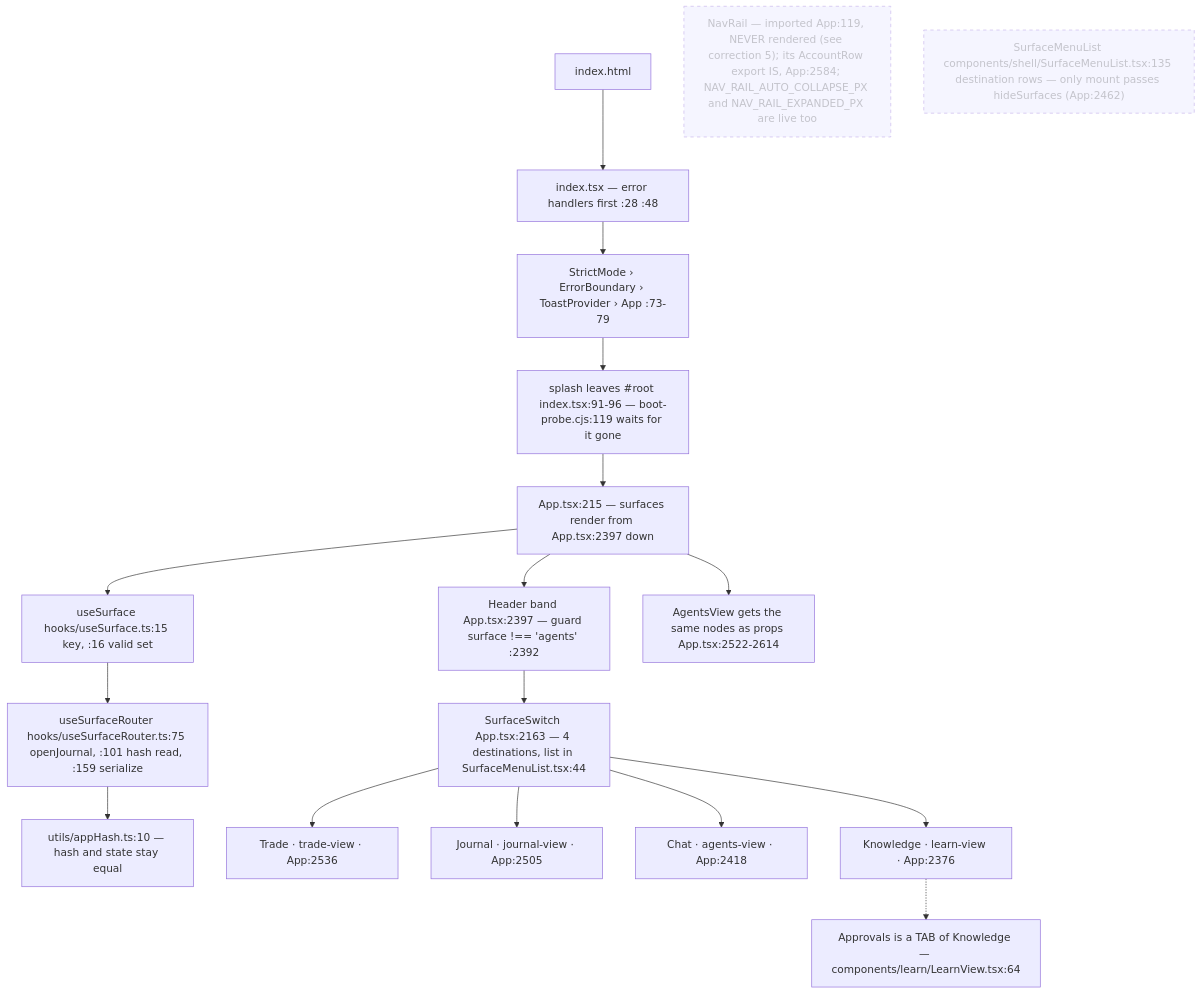
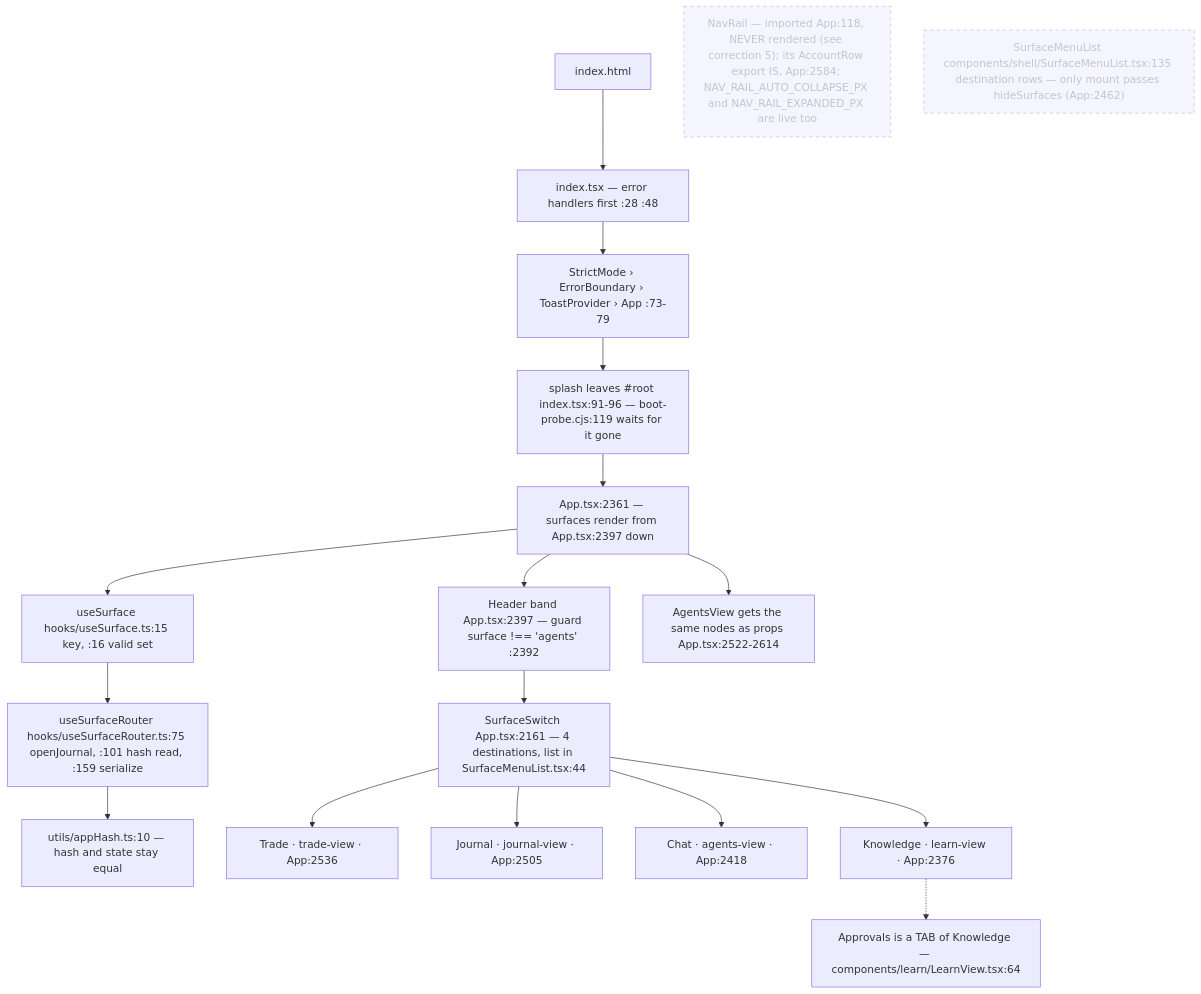
The first of 8 diagrams in docs/app-flow.md (Acepay25/august-3.5), drawn with Mermaid before and after one commit. The commit also changed other lines of this file and 2 other files, not shown here.

````diff
--- a/docs/app-flow.md
+++ b/docs/app-flow.md
@@ -49,21 +49,21 @@
 ```mermaid
 flowchart TD
     H["index.html"] --> I["index.tsx — error handlers first :28 :48"]
     I --> S["StrictMode › ErrorBoundary › ToastProvider › App :73-79"]
     S --> SP["splash leaves #root index.tsx:91-96 — boot-probe.cjs:119 waits for it gone"]
-    SP --> APP["App.tsx:215 — surfaces render from App.tsx:2397 down"]
+    SP --> APP["App.tsx:2361 — surfaces render from App.tsx:2397 down"]
     APP --> US["useSurface hooks/useSurface.ts:15 key, :16 valid set"]
     US --> UR["useSurfaceRouter hooks/useSurfaceRouter.ts:75 openJournal, :101 hash read, :159 serialize"]
     UR --> HASH["utils/appHash.ts:10 — hash and state stay equal"]
     APP --> HD["Header band App.tsx:2397 — guard surface !== 'agents' :2392"]
-    HD --> SW["SurfaceSwitch App.tsx:2163 — 4 destinations, list in SurfaceMenuList.tsx:44"]
+    HD --> SW["SurfaceSwitch App.tsx:2161 — 4 destinations, list in SurfaceMenuList.tsx:44"]
     APP --> AV["AgentsView gets the same nodes as props App.tsx:2522-2614"]
     SW --> T["Trade · trade-view · App:2536"]
     SW --> J["Journal · journal-view · App:2505"]
     SW --> C["Chat · agents-view · App:2418"]
     SW --> K["Knowledge · learn-view · App:2376"]
     K -.-> AP["Approvals is a TAB of Knowledge — components/learn/LearnView.tsx:64"]
-    NR["NavRail — imported App:119, NEVER rendered (see correction 5); its AccountRow export IS, App:2584; NAV_RAIL_AUTO_COLLAPSE_PX and NAV_RAIL_EXPANDED_PX are live too"]:::dead
+    NR["NavRail — imported App:118, NEVER rendered (see correction 5); its AccountRow export IS, App:2584; NAV_RAIL_AUTO_COLLAPSE_PX and NAV_RAIL_EXPANDED_PX are live too"]:::dead
     SM["SurfaceMenuList components/shell/SurfaceMenuList.tsx:135 destination rows — only mount passes hideSurfaces (App:2462)"]:::dead
     classDef dead stroke-dasharray: 5 5,opacity:.5
 ```
````
